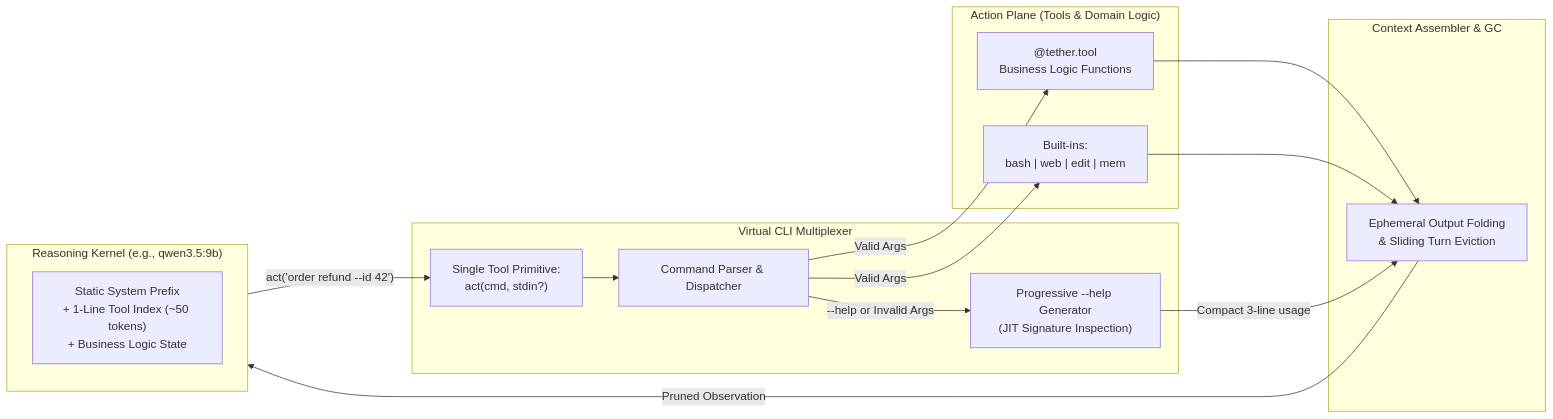
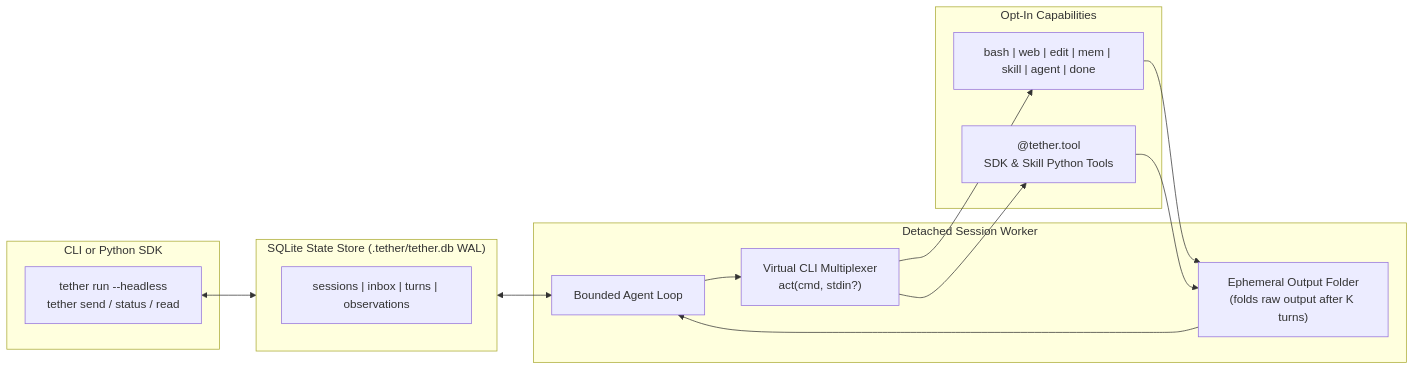
The diagram in README.md (igormcsouza/tether), drawn with Mermaid before and after one commit. The commit also changed other lines of this file and 1 other file, not shown here.

Commit message:
docs: lock in v0 headless architecture, SQLite WAL state, and opt-in toolbox

````diff
--- a/README.md
+++ b/README.md
@@ -38,31 +43,30 @@
 ```mermaid
 flowchart LR
-    subgraph LLM["Reasoning Kernel (e.g., qwen3.5:9b)"]
-        Prompt["Static System Prefix\n+ 1-Line Tool Index (~50 tokens)\n+ Business Logic State"]
+    subgraph Client["CLI or Python SDK"]
+        Headless["tether run --headless\ntether send / status / read"]
     end
 
-    subgraph Multiplexer["Virtual CLI Multiplexer"]
-        Act["Single Tool Primitive:\nact(cmd, stdin?)"]
-        Router["Command Parser & Dispatcher"]
-        Help["Progressive --help Generator\n(JIT Signature Inspection)"]
+    subgraph DB["SQLite State Store (.tether/tether.db WAL)"]
+        Sessions["sessions | inbox | turns | observations"]
     end
 
-    subgraph Tools["Action Plane (Tools & Domain Logic)"]
-        Builtin["Built-ins:\nbash | web | edit | mem"]
-        Domain["@tether.tool\nBusiness Logic Functions"]
+    subgraph Worker["Detached Session Worker"]
+        Loop["Bounded Agent Loop"]
+        Mux["Virtual CLI Multiplexer\nact(cmd, stdin?)"]
+        Folder["Ephemeral Output Folder\n(folds raw output after K turns)"]
     end
 
-    subgraph Memory["Context Assembler & GC"]
-        Fold["Ephemeral Output Folding\n& Sliding Turn Eviction"]
+    subgraph Tools["Opt-In Capabilities"]
+        Builtins["bash | web | edit | mem | skill | agent | done"]
+        Custom["@tether.tool\nSDK & Skill Python Tools"]
     end
 
-    LLM -->|"act('order refund --id 42')"| Act
-    Act --> Router
-    Router -->|"Valid Args"| Domain
-    Router -->|"Valid Args"| Builtin
-    Router -->|"--help or Invalid Args"| Help
-    Domain --> Fold
-    Builtin --> Fold
-    Help -->|"Compact 3-line usage"| Fold
-    Fold -->|"Pruned Observation"| LLM
+    Headless <--> DB
+    DB <--> Loop
+    Loop --> Mux
+    Mux --> Builtins
+    Mux --> Custom
+    Builtins --> Folder
+    Custom --> Folder
+    Folder --> Loop
 ```
````
